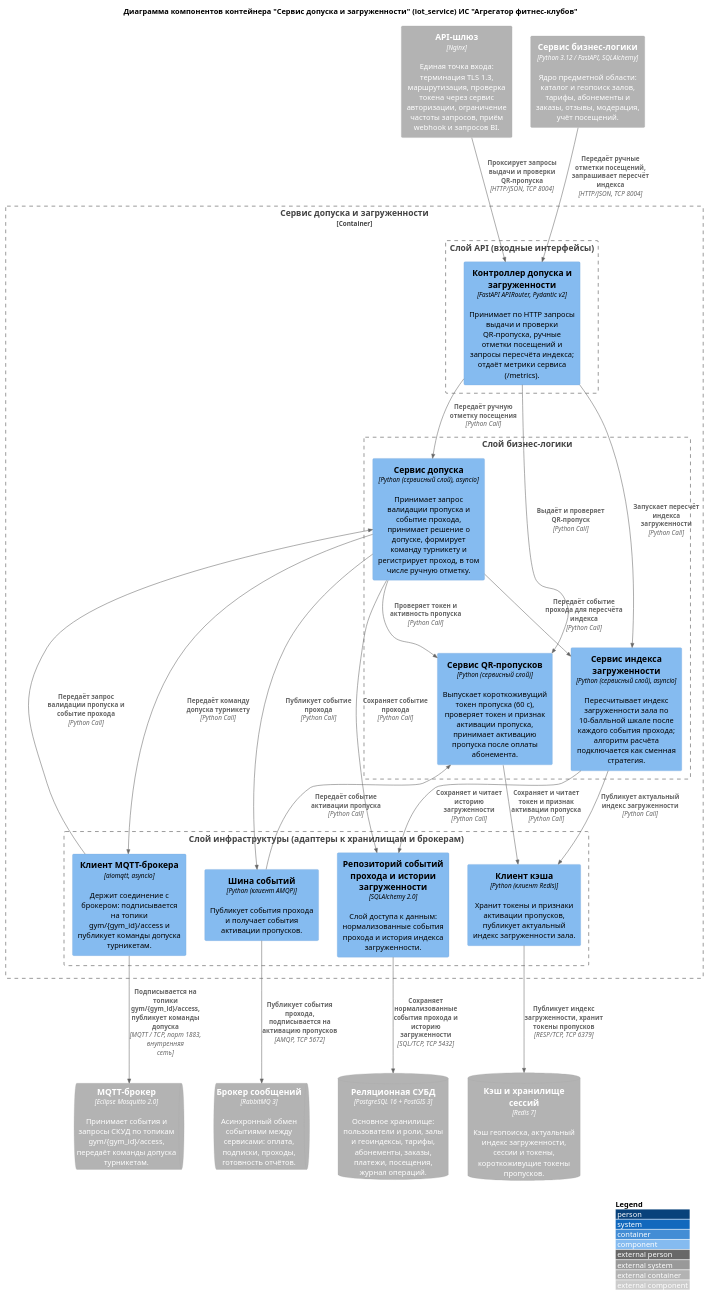
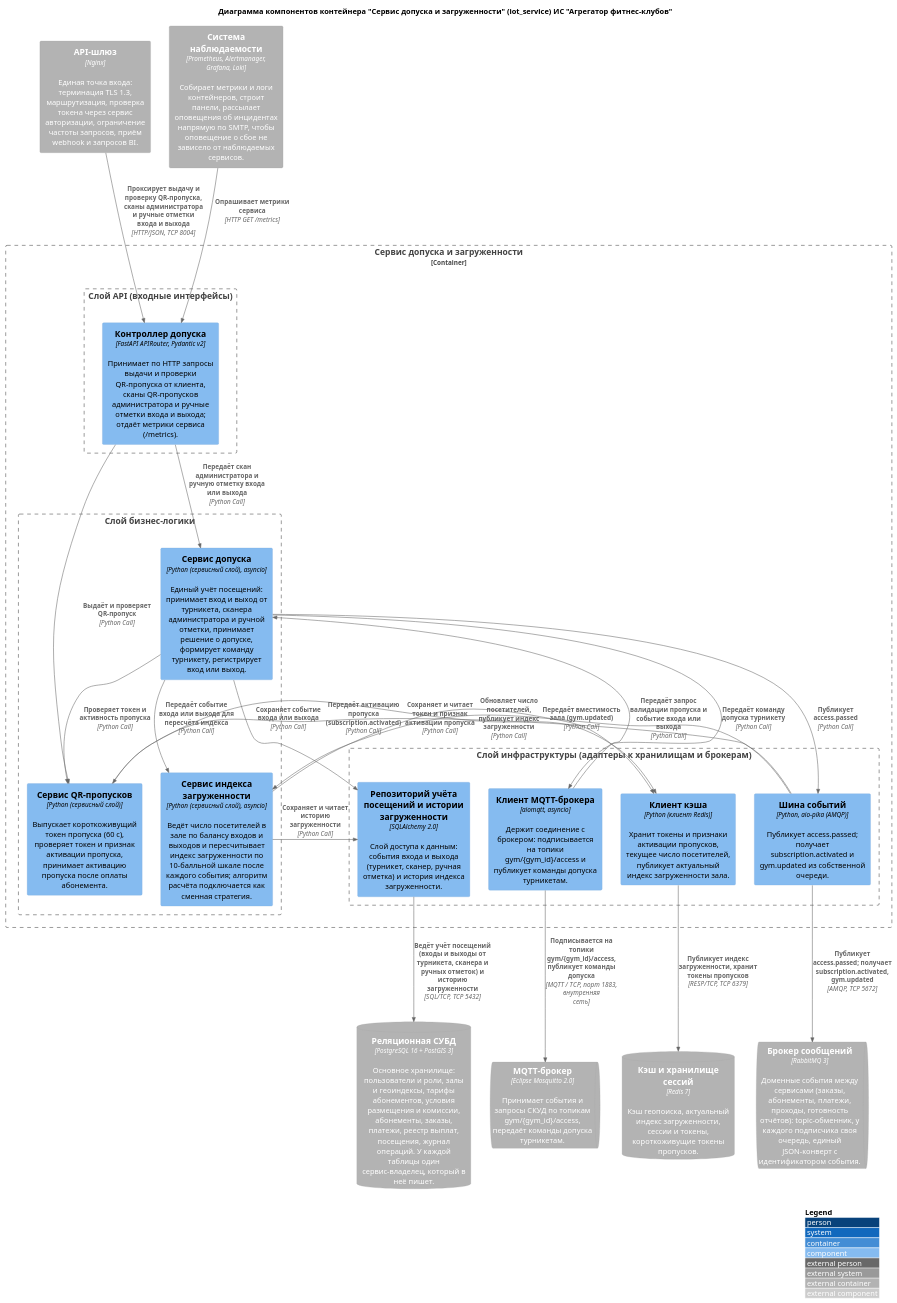
The diagram in src/local/lisov/L3_2_teamlead.puml (lamtfey11/ISIT-project-gym-aggregator), drawn with PlantUML before and after one commit. The commit also changed 1 other file, not shown here.

```diff
--- a/src/local/lisov/L3_2_teamlead.puml
+++ b/src/local/lisov/L3_2_teamlead.puml
@@ -1,67 +1,66 @@
 @startuml L3_iot_service
 !include https://raw.githubusercontent.com/plantuml-stdlib/C4-PlantUML/master/C4_Component.puml
 
 LAYOUT_WITH_LEGEND()
 title Диаграмма компонентов контейнера "Сервис допуска и загруженности" (iot_service) ИС "Агрегатор фитнес-клубов"
 
-' === СОСЕДНИЕ КОНТЕЙНЕРЫ (чёрные ящики, внутрь не заглядываем) ===
+' === СОСЕДНИЕ КОНТЕЙНЕРЫ (чёрные ящики, описания совпадают со сводной диаграммой контейнеров) ===
 Container_Ext(api_gateway, "API-шлюз", "Nginx", "Единая точка входа: терминация TLS 1.3, маршрутизация, проверка токена через сервис авторизации, ограничение частоты запросов, приём webhook и запросов BI.")
-Container_Ext(core_api, "Сервис бизнес-логики", "Python 3.12 / FastAPI, SQLAlchemy", "Ядро предметной области: каталог и геопоиск залов, тарифы, абонементы и заказы, отзывы, модерация, учёт посещений.")
+Container_Ext(monitoring, "Система наблюдаемости", "Prometheus, Alertmanager, Grafana, Loki", "Собирает метрики и логи контейнеров, строит панели, рассылает оповещения об инцидентах напрямую по SMTP, чтобы оповещение о сбое не зависело от наблюдаемых сервисов.")
 ContainerQueue_Ext(mqtt_broker, "MQTT-брокер", "Eclipse Mosquitto 2.0", "Принимает события и запросы СКУД по топикам gym/{gym_id}/access, передаёт команды допуска турникетам.")
-ContainerQueue_Ext(message_broker, "Брокер сообщений", "RabbitMQ 3", "Асинхронный обмен событиями между сервисами: оплата, подписки, проходы, готовность отчётов.")
-ContainerDb_Ext(database, "Реляционная СУБД", "PostgreSQL 16 + PostGIS 3", "Основное хранилище: пользователи и роли, залы и геоиндексы, тарифы, абонементы, заказы, платежи, посещения, журнал операций.")
+ContainerQueue_Ext(message_broker, "Брокер сообщений", "RabbitMQ 3", "Доменные события между сервисами (заказы, абонементы, платежи, проходы, готовность отчётов): topic-обменник, у каждого подписчика своя очередь, единый JSON-конверт с идентификатором события.")
+ContainerDb_Ext(database, "Реляционная СУБД", "PostgreSQL 16 + PostGIS 3", "Основное хранилище: пользователи и роли, залы и геоиндексы, тарифы абонементов, условия размещения и комиссии, абонементы, заказы, платежи, реестр выплат, посещения, журнал операций. У каждой таблицы один сервис-владелец, который в неё пишет.")
 ContainerDb_Ext(cache, "Кэш и хранилище сессий", "Redis 7", "Кэш геопоиска, актуальный индекс загруженности, сессии и токены, короткоживущие токены пропусков.")
-
 ' === ПРОЕКТИРУЕМЫЙ КОНТЕЙНЕР: слои сверху вниз (API -> бизнес-логика -> инфраструктура) ===
 Container_Boundary(iot_service, "Сервис допуска и загруженности") {
 
   Boundary(api_layer, "Слой API (входные интерфейсы)") {
-    Component(iot_api_comp, "Контроллер допуска и загруженности", "FastAPI APIRouter, Pydantic v2", "Принимает по HTTP запросы выдачи и проверки QR-пропуска, ручные отметки посещений и запросы пересчёта индекса; отдаёт метрики сервиса (/metrics).")
+    Component(iot_api_comp, "Контроллер допуска", "FastAPI APIRouter, Pydantic v2", "Принимает по HTTP запросы выдачи и проверки QR-пропуска от клиента, сканы QR-пропусков администратора и ручные отметки входа и выхода; отдаёт метрики сервиса (/metrics).")
   }
 
   Boundary(service_layer, "Слой бизнес-логики") {
     Component(pass_comp, "Сервис QR-пропусков", "Python (сервисный слой)", "Выпускает короткоживущий токен пропуска (60 с), проверяет токен и признак активации пропуска, принимает активацию пропуска после оплаты абонемента.")
-    Component(access_comp, "Сервис допуска", "Python (сервисный слой), asyncio", "Принимает запрос валидации пропуска и событие прохода, принимает решение о допуске, формирует команду турникету и регистрирует проход, в том числе ручную отметку.")
-    Component(occupancy_comp, "Сервис индекса загруженности", "Python (сервисный слой), asyncio", "Пересчитывает индекс загруженности зала по 10-балльной шкале после каждого события прохода; алгоритм расчёта подключается как сменная стратегия.")
+    Component(access_comp, "Сервис допуска", "Python (сервисный слой), asyncio", "Единый учёт посещений: принимает вход и выход от турникета, сканера администратора и ручной отметки, принимает решение о допуске, формирует команду турникету, регистрирует вход или выход.")
+    Component(occupancy_comp, "Сервис индекса загруженности", "Python (сервисный слой), asyncio", "Ведёт число посетителей в зале по балансу входов и выходов и пересчитывает индекс загруженности по 10-балльной шкале после каждого события; алгоритм расчёта подключается как сменная стратегия.")
   }
 
   Boundary(infrastructure_layer, "Слой инфраструктуры (адаптеры к хранилищам и брокерам)") {
     Component(mqtt_gateway_comp, "Клиент MQTT-брокера", "aiomqtt, asyncio", "Держит соединение с брокером: подписывается на топики gym/{gym_id}/access и публикует команды допуска турникетам.")
-    Component(iot_repo_comp, "Репозиторий событий прохода и истории загруженности", "SQLAlchemy 2.0", "Слой доступа к данным: нормализованные события прохода и история индекса загруженности.")
-    Component(iot_cache_comp, "Клиент кэша", "Python (клиент Redis)", "Хранит токены и признаки активации пропусков, публикует актуальный индекс загруженности зала.")
-    Component(iot_events_comp, "Шина событий", "Python (клиент AMQP)", "Публикует события прохода и получает события активации пропусков.")
+    Component(iot_repo_comp, "Репозиторий учёта посещений и истории загруженности", "SQLAlchemy 2.0", "Слой доступа к данным: события входа и выхода (турникет, сканер, ручная отметка) и история индекса загруженности.")
+    Component(iot_cache_comp, "Клиент кэша", "Python (клиент Redis)", "Хранит токены и признаки активации пропусков, текущее число посетителей, публикует актуальный индекс загруженности зала.")
+    Component(iot_events_comp, "Шина событий", "Python, aio-pika (AMQP)", "Публикует access.passed; получает subscription.activated и gym.updated из собственной очереди.")
   }
 }
 
 ' === ВХОДЯЩИЕ СЕТЕВЫЕ ВЫЗОВЫ (стыковочные шлюзы контейнера) ===
-Rel(api_gateway, iot_api_comp, "Проксирует запросы выдачи и проверки QR-пропуска", "HTTP/JSON, TCP 8004")
-Rel(core_api, iot_api_comp, "Передаёт ручные отметки посещений, запрашивает пересчёт индекса", "HTTP/JSON, TCP 8004")
+Rel(api_gateway, iot_api_comp, "Проксирует выдачу и проверку QR-пропуска, сканы администратора и ручные отметки входа и выхода", "HTTP/JSON, TCP 8004")
+Rel(monitoring, iot_api_comp, "Опрашивает метрики сервиса", "HTTP GET /metrics")
 
 ' === ВНУТРИПРОЦЕССНЫЕ ВЫЗОВЫ: API -> бизнес-логика ===
 Rel(iot_api_comp, pass_comp, "Выдаёт и проверяет QR-пропуск", "Python Call")
-Rel(iot_api_comp, access_comp, "Передаёт ручную отметку посещения", "Python Call")
-Rel(iot_api_comp, occupancy_comp, "Запускает пересчёт индекса загруженности", "Python Call")
+Rel(iot_api_comp, access_comp, "Передаёт скан администратора и ручную отметку входа или выхода", "Python Call")
 
 ' === ВНУТРИПРОЦЕССНЫЕ ВЫЗОВЫ: события СКУД и брокера -> бизнес-логика ===
-Rel(mqtt_gateway_comp, access_comp, "Передаёт запрос валидации пропуска и событие прохода", "Python Call")
-Rel(iot_events_comp, pass_comp, "Передаёт событие активации пропуска", "Python Call")
+Rel(mqtt_gateway_comp, access_comp, "Передаёт запрос валидации пропуска и событие входа или выхода", "Python Call")
+Rel(iot_events_comp, pass_comp, "Передаёт активацию пропуска (subscription.activated)", "Python Call")
+Rel(iot_events_comp, occupancy_comp, "Передаёт вместимость зала (gym.updated)", "Python Call")
 
 ' === ВНУТРИПРОЦЕССНЫЕ ВЫЗОВЫ: внутри слоя бизнес-логики ===
 Rel(access_comp, pass_comp, "Проверяет токен и активность пропуска", "Python Call")
-Rel(access_comp, occupancy_comp, "Передаёт событие прохода для пересчёта индекса", "Python Call")
+Rel(access_comp, occupancy_comp, "Передаёт событие входа или выхода для пересчёта индекса", "Python Call")
 
 ' === ВНУТРИПРОЦЕССНЫЕ ВЫЗОВЫ: бизнес-логика -> инфраструктура ===
 Rel(access_comp, mqtt_gateway_comp, "Передаёт команду допуска турникету", "Python Call")
-Rel(access_comp, iot_repo_comp, "Сохраняет событие прохода", "Python Call")
-Rel(access_comp, iot_events_comp, "Публикует событие прохода", "Python Call")
+Rel(access_comp, iot_repo_comp, "Сохраняет событие входа или выхода", "Python Call")
+Rel(access_comp, iot_events_comp, "Публикует access.passed", "Python Call")
 Rel(pass_comp, iot_cache_comp, "Сохраняет и читает токен и признак активации пропуска", "Python Call")
-Rel(occupancy_comp, iot_cache_comp, "Публикует актуальный индекс загруженности", "Python Call")
+Rel(occupancy_comp, iot_cache_comp, "Обновляет число посетителей, публикует индекс загруженности", "Python Call")
 Rel(occupancy_comp, iot_repo_comp, "Сохраняет и читает историю загруженности", "Python Call")
 
 ' === ИСХОДЯЩИЕ СЕТЕВЫЕ ВЫЗОВЫ ===
 Rel(mqtt_gateway_comp, mqtt_broker, "Подписывается на топики gym/{gym_id}/access, публикует команды допуска", "MQTT / TCP, порт 1883, внутренняя сеть")
-Rel(iot_repo_comp, database, "Сохраняет нормализованные события прохода и историю загруженности", "SQL/TCP, TCP 5432")
+Rel(iot_repo_comp, database, "Ведёт учёт посещений (входы и выходы от турникета, сканера и ручных отметок) и историю загруженности", "SQL/TCP, TCP 5432")
 Rel(iot_cache_comp, cache, "Публикует индекс загруженности, хранит токены пропусков", "RESP/TCP, TCP 6379")
-Rel(iot_events_comp, message_broker, "Публикует события прохода, подписывается на активацию пропусков", "AMQP, TCP 5672")
+Rel(iot_events_comp, message_broker, "Публикует access.passed; получает subscription.activated, gym.updated", "AMQP, TCP 5672")
 
 @enduml
```
